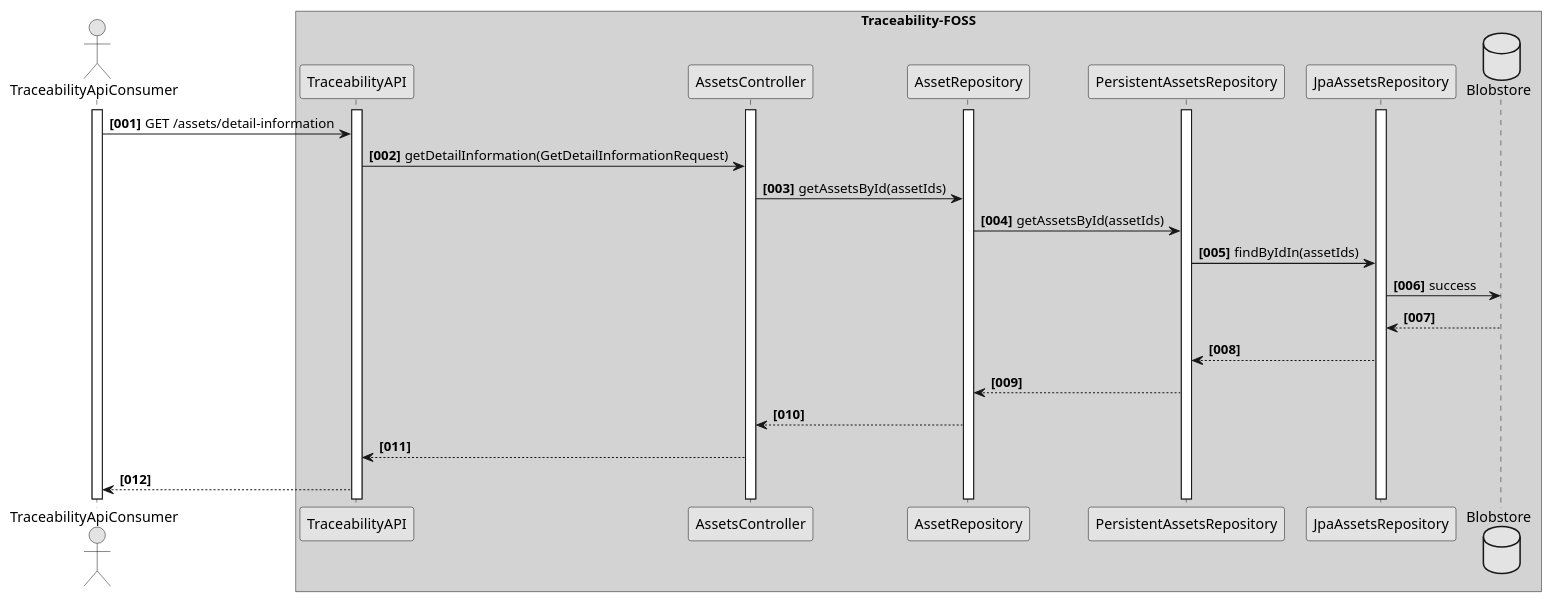
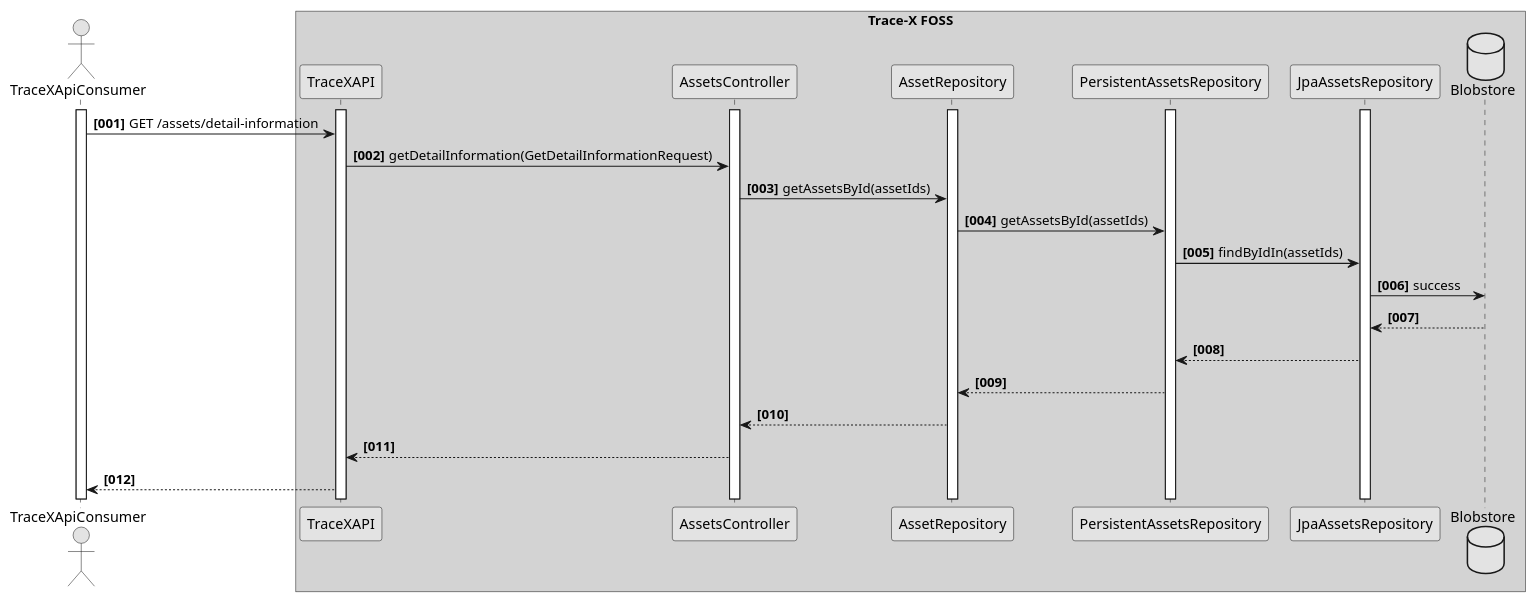
Before and after one commit to catenax-ng/tx-traceability-foss: the diagram in docs/src/uml-diagrams/runtime-view/get-specific-information-for-assets.puml, drawn with PlantUML. The commit also changed 8 other files, not shown here.

```diff
--- a/docs/src/uml-diagrams/runtime-view/get-specific-information-for-assets.puml
+++ b/docs/src/uml-diagrams/runtime-view/get-specific-information-for-assets.puml
@@ -1,37 +1,37 @@
 @startuml
 skinparam monochrome true
 skinparam shadowing false
 autonumber "<b>[000]"
 
-actor TraceabilityApiConsumer
-activate TraceabilityApiConsumer
+actor TraceXApiConsumer
+activate TraceXApiConsumer
 
 
-box "Traceability-FOSS" #LightGrey
-participant TraceabilityAPI
-activate TraceabilityAPI
+box "Trace-X FOSS" #LightGrey
+participant TraceXAPI
+activate TraceXAPI
 participant AssetsController
 activate AssetsController
 participant AssetRepository
 activate AssetRepository
 participant PersistentAssetsRepository
 activate PersistentAssetsRepository
 participant JpaAssetsRepository
 activate JpaAssetsRepository
 database Blobstore
 
-TraceabilityApiConsumer -> TraceabilityAPI : GET /assets/detail-information
-TraceabilityAPI -> AssetsController : getDetailInformation(GetDetailInformationRequest)
+TraceXApiConsumer -> TraceXAPI : GET /assets/detail-information
+TraceXAPI -> AssetsController : getDetailInformation(GetDetailInformationRequest)
 AssetsController -> AssetRepository : getAssetsById(assetIds)
 AssetRepository -> PersistentAssetsRepository: getAssetsById(assetIds)
 PersistentAssetsRepository -> JpaAssetsRepository: findByIdIn(assetIds)
 JpaAssetsRepository -> Blobstore : success
 
 JpaAssetsRepository <-- Blobstore
 PersistentAssetsRepository <-- JpaAssetsRepository
 AssetRepository <-- PersistentAssetsRepository
 AssetsController <-- AssetRepository
-TraceabilityAPI <-- AssetsController
-TraceabilityApiConsumer <-- TraceabilityAPI
+TraceXAPI <-- AssetsController
+TraceXApiConsumer <-- TraceXAPI
 
 @enduml
```
